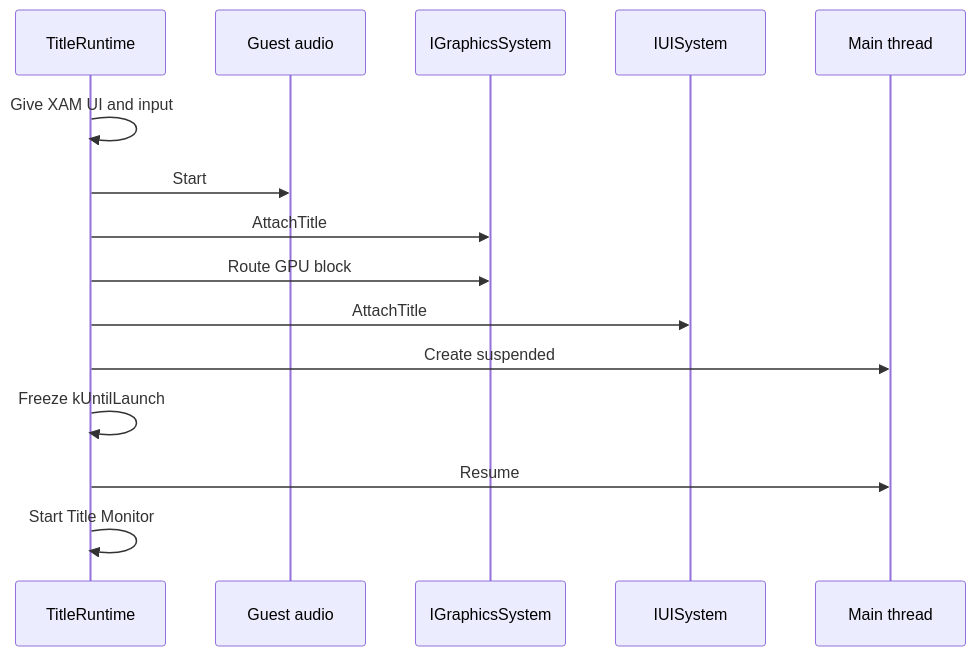
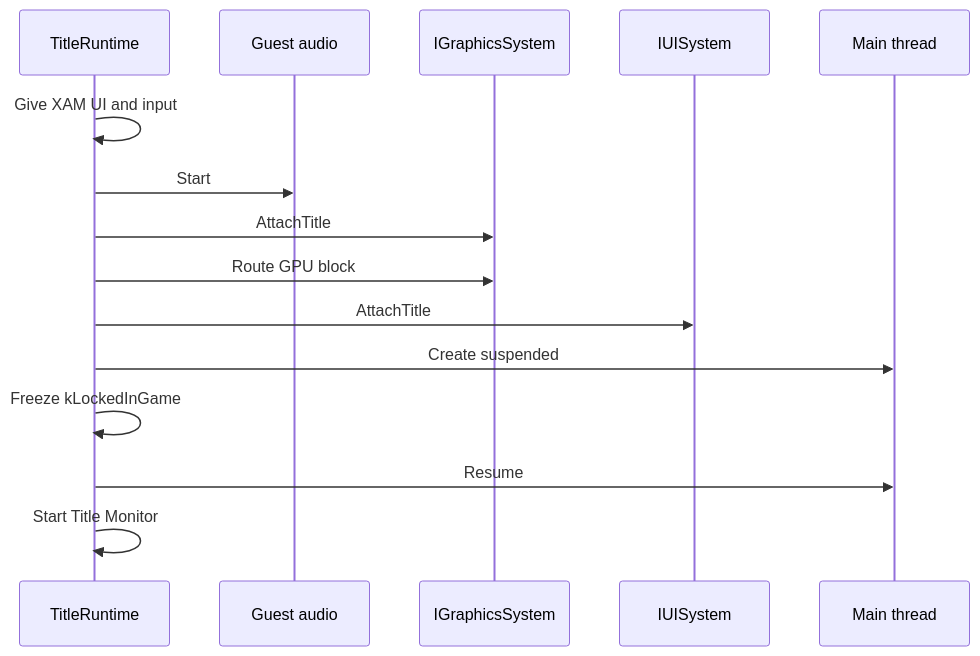
Before and after one commit to rexglue/rexglue-sdk: the second of 3 diagrams in docs/site/pages/runtime/lifecycle.md, drawn with Mermaid. The commit also changed other lines of this file and 31 other files, not shown here.

````diff
--- a/docs/site/pages/runtime/lifecycle.md
+++ b/docs/site/pages/runtime/lifecycle.md
@@ -64,17 +64,17 @@
 ```mermaid
 sequenceDiagram
     participant R as TitleRuntime
     participant A as Guest audio
     participant G as IGraphicsSystem
     participant U as IUISystem
     participant T as Main thread
     R->>R: Give XAM UI and input
     R->>A: Start
     R->>G: AttachTitle
     R->>G: Route GPU block
     R->>U: AttachTitle
     R->>T: Create suspended
-    R->>R: Freeze kUntilLaunch
+    R->>R: Freeze kLockedInGame
     R->>T: Resume
     R->>R: Start Title Monitor
 ```
````
